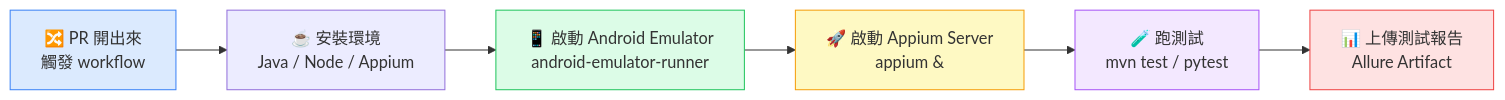
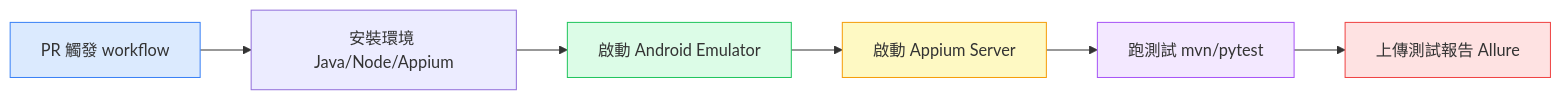
The diagram in docs/drafts/appium-github-actions.md (jimmyhong065/jimmy-hong-portfolio), drawn with Mermaid before and after one commit. The commit also changed 28 other files, not shown here.

````diff
--- a/docs/drafts/appium-github-actions.md
+++ b/docs/drafts/appium-github-actions.md
@@ -34,15 +34,14 @@
 ```mermaid
 flowchart LR
-    A["🔀 PR 開出來\n觸發 workflow"] --> B
-    B["☕ 安裝環境\nJava / Node / Appium"] --> C
-    C["📱 啟動 Android Emulator\nandroid-emulator-runner"] --> D
-    D["🚀 啟動 Appium Server\nappium &"] --> E
-    E["🧪 跑測試\nmvn test / pytest"] --> F
-    F["📊 上傳測試報告\nAllure Artifact"]
-
+    A[PR 觸發 workflow] --> B
+    B[安裝環境 Java/Node/Appium] --> C
+    C[啟動 Android Emulator] --> D
+    D[啟動 Appium Server] --> E
+    E[跑測試 mvn/pytest] --> F
+    F[上傳測試報告 Allure]
     style A fill:#dbeafe,stroke:#3b82f6
     style C fill:#dcfce7,stroke:#22c55e
     style D fill:#fef9c3,stroke:#f59e0b
     style E fill:#f3e8ff,stroke:#a855f7
     style F fill:#fee2e2,stroke:#ef4444
 ```
````
